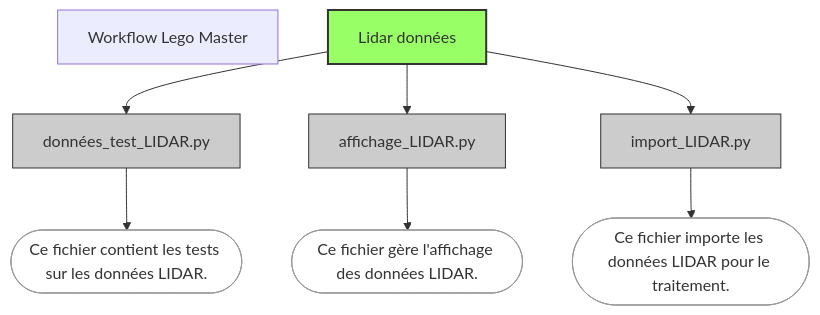
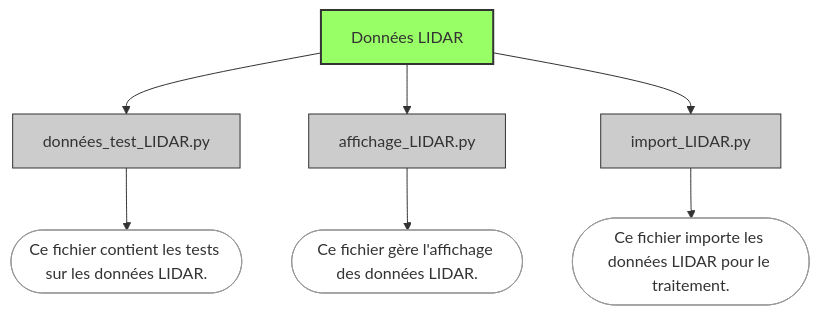
The diagram in Workflow.md (DanQue69/LEGO_Master), drawn with Mermaid before and after one commit.

````diff
--- a/Workflow.md
+++ b/Workflow.md
@@ -1,28 +1,27 @@
 ```mermaid
-graph TD
-    title["Workflow Lego Master"]
+graph TD;
 
-    A[Lidar données] --> B[données_test_LIDAR.py]
+    A[Données LIDAR] --> B[données_test_LIDAR.py]
     A --> C[affichage_LIDAR.py]
     A --> D[import_LIDAR.py]
 
     %% Notes explicatives
     B_note(["Ce fichier contient les tests sur les données LIDAR."])
     C_note(["Ce fichier gère l'affichage des données LIDAR."])
     D_note(["Ce fichier importe les données LIDAR pour le traitement."])
 
     B --> B_note
     C --> C_note
     D --> D_note
 
     %% Styles des couleurs
     style A fill:#9f6,stroke:#333,stroke-width:2px
     style B fill:#ccc,stroke:#333,stroke-width:1px
     style C fill:#ccc,stroke:#333,stroke-width:1px
     style D fill:#ccc,stroke:#333,stroke-width:1px
     style B_note fill:#fff,stroke:#999,stroke-width:1px
     style C_note fill:#fff,stroke:#999,stroke-width:1px
     style D_note fill:#fff,stroke:#999,stroke-width:1px
 
     
 ```
````
